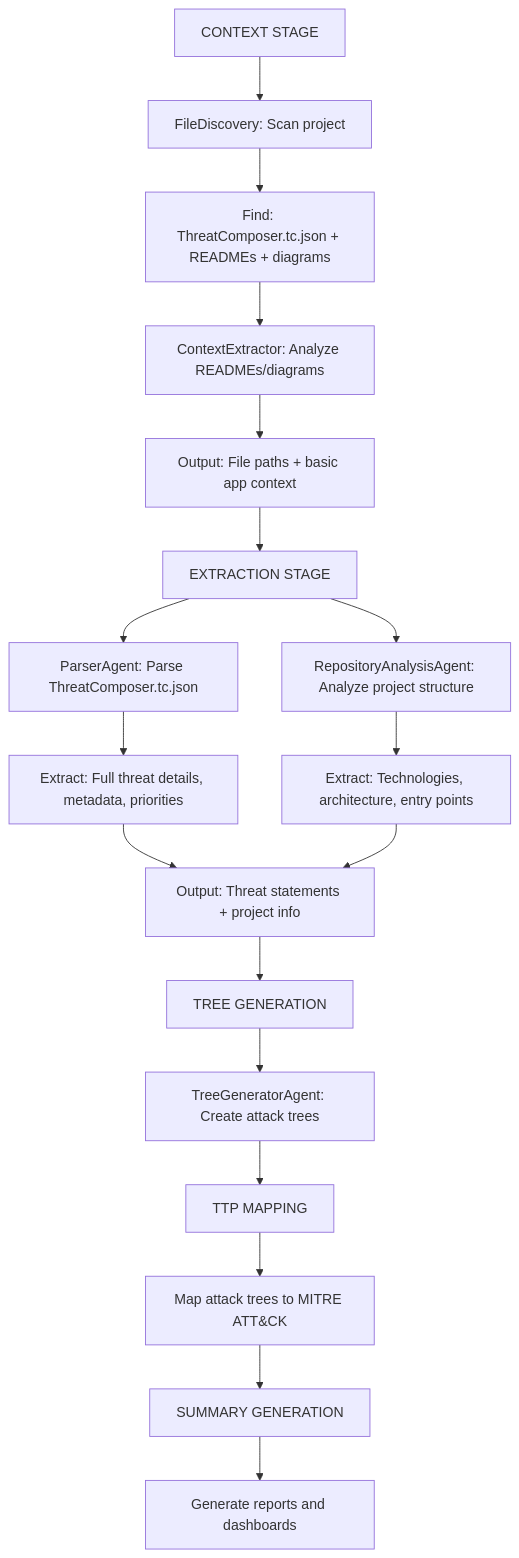
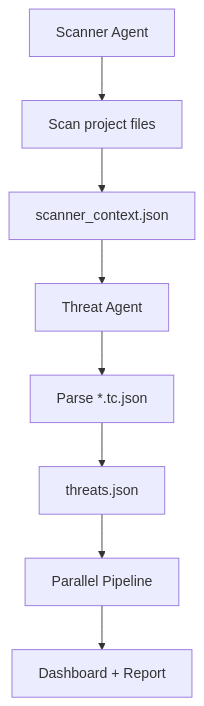
The first of 4 diagrams in docs/how-it-works/phases.md (aws-samples/sample-agentic-attack-tree-generator), drawn with Mermaid before and after one commit. The commit also changed other lines of this file and 21 other files, not shown here.

````diff
--- a/docs/how-it-works/phases.md
+++ b/docs/how-it-works/phases.md
@@ -13,24 +13,10 @@
 ```mermaid
 graph TD
-    A[CONTEXT STAGE] --> B[FileDiscovery: Scan project]
-    B --> C[Find: ThreatComposer.tc.json + READMEs + diagrams]
-    C --> D[ContextExtractor: Analyze READMEs/diagrams]
-    D --> E[Output: File paths + basic app context]
-    
-    E --> F[EXTRACTION STAGE]
-    F --> G[ParserAgent: Parse ThreatComposer.tc.json]
-    G --> H[Extract: Full threat details, metadata, priorities]
-    F --> I[RepositoryAnalysisAgent: Analyze project structure]
-    I --> J[Extract: Technologies, architecture, entry points]
-    H --> K[Output: Threat statements + project info]
-    J --> K
-    
-    K --> L[TREE GENERATION]
-    L --> M[TreeGeneratorAgent: Create attack trees]
-    
-    M --> N[TTP MAPPING]
-    N --> O[Map attack trees to MITRE ATT&CK]
-    
-    O --> P[SUMMARY GENERATION]
-    P --> Q[Generate reports and dashboards]
+    A[Scanner Agent] --> B[Scan project files]
+    B --> C[scanner_context.json]
+    C --> D[Threat Agent]
+    D --> E[Parse *.tc.json]
+    E --> F[threats.json]
+    F --> G[Parallel Pipeline]
+    G --> H[Dashboard + Report]
 ```
````
